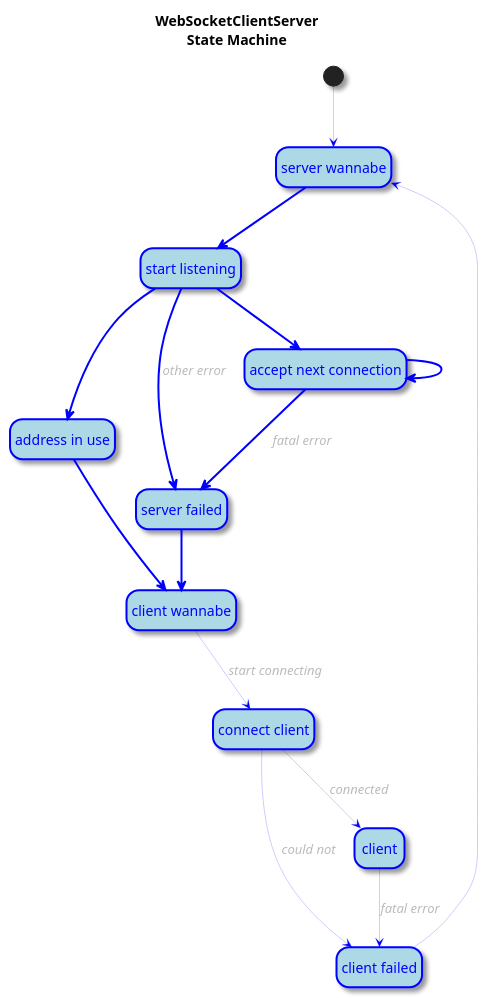
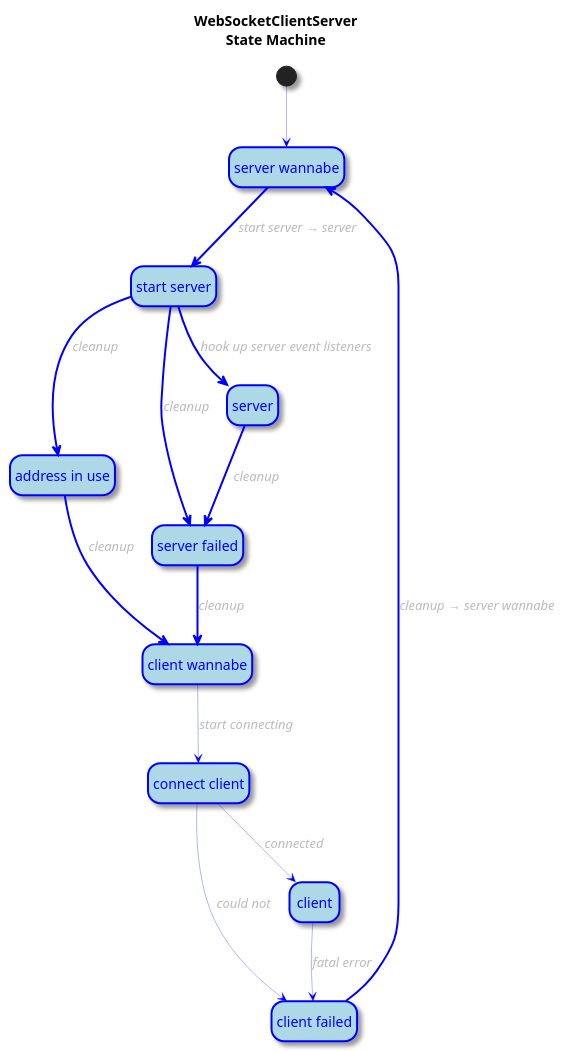
The diagram in src/client-server-state.puml (hugojosefson/deno-websocket-broadcastchannel), drawn with PlantUML before and after one commit. The commit also changed 8 other files, not shown here.

Commit message:
wip: cleaner state machine diagram

```diff
--- a/src/client-server-state.puml
+++ b/src/client-server-state.puml
@@ -1,36 +1,39 @@
 @startuml
 hide empty description
-skinparam shadowing true
-skinparam ArrowFontColor #bbb
-skinparam ArrowFontStyle italic
-skinparam ArrowColor blue
-skinparam ArrowThickness 0.2
-skinparam StateFontColor blue
+
+skinparam shadowing            true
+skinparam ArrowFontColor       #bbb
+skinparam ArrowFontStyle       italic
+skinparam ArrowColor           blue
+skinparam ArrowThickness       0.3
+skinparam StateFontColor       blue
 skinparam StateBackgroundColor lightblue
-skinparam StateBorderColor blue
+skinparam StateBorderColor     blue
 skinparam StateBorderThickness 2
+
 title "WebSocketClientServer\nState Machine"
+
 state "server wannabe" as server_wannabe
-state "start listening" as start_listening
-state "accept next connection" as accept_next_connection
+state "start server"   as start_server
+state "server"         as server
 state "address in use" as address_in_use
-state "server failed" as server_failed
+state "server failed"  as server_failed
 state "client wannabe" as client_wannabe
 state "connect client" as connect_client
-state "client" as client
-state "client failed" as client_failed
-[*] --> server_wannabe
-server_wannabe -[thickness=2]-> start_listening
-start_listening -[thickness=2]-> address_in_use
-start_listening -[thickness=2]-> accept_next_connection
-start_listening -[thickness=2]-> server_failed: other error
-accept_next_connection -[thickness=2]-> accept_next_connection
-accept_next_connection -[thickness=2]-> server_failed: fatal error
-address_in_use -[thickness=2]-> client_wannabe
-server_failed -[thickness=2]-> client_wannabe
-client_wannabe --> connect_client: start connecting
-connect_client --> client: connected
-connect_client --> client_failed: could not
-client --> client_failed: fatal error
-client_failed --> server_wannabe
+state "client"         as client
+state "client failed"  as client_failed
+
+[*]            -->              server_wannabe
+server_wannabe -[thickness=2]-> start_server   : start server → server
+start_server   -[thickness=2]-> address_in_use : cleanup
+start_server   -[thickness=2]-> server_failed  : cleanup
+start_server   -[thickness=2]-> server         : hook up server event listeners
+server         -[thickness=2]-> server_failed  : cleanup
+address_in_use -[thickness=2]-> client_wannabe : cleanup
+server_failed  -[thickness=2]-> client_wannabe : cleanup
+client_wannabe -->              connect_client : start connecting
+connect_client -->              client         : connected
+connect_client -->              client_failed  : could not
+client         -->              client_failed  : fatal error
+client_failed  -[thickness=2]-> server_wannabe : cleanup → server wannabe
 @enduml
```
